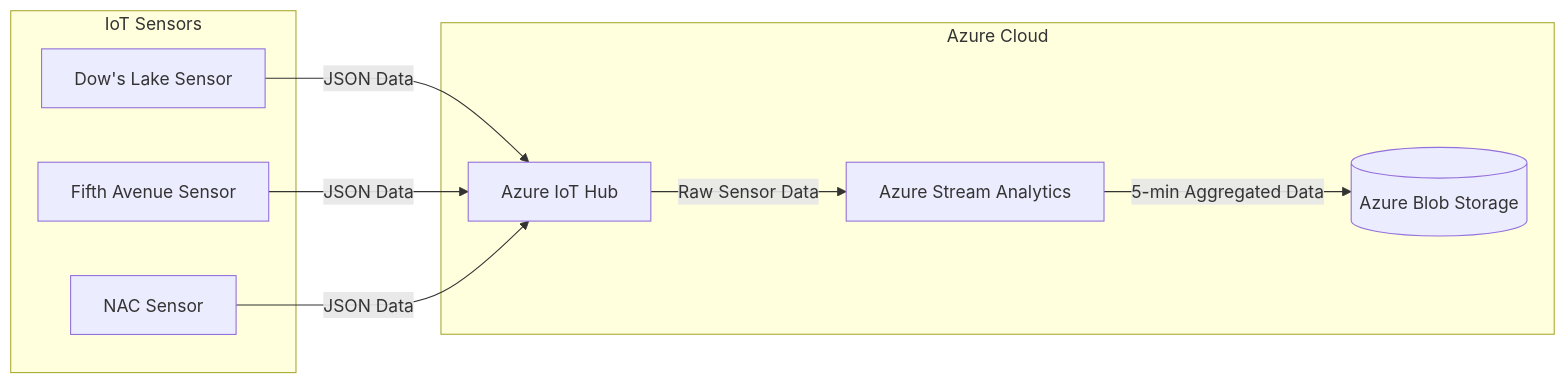
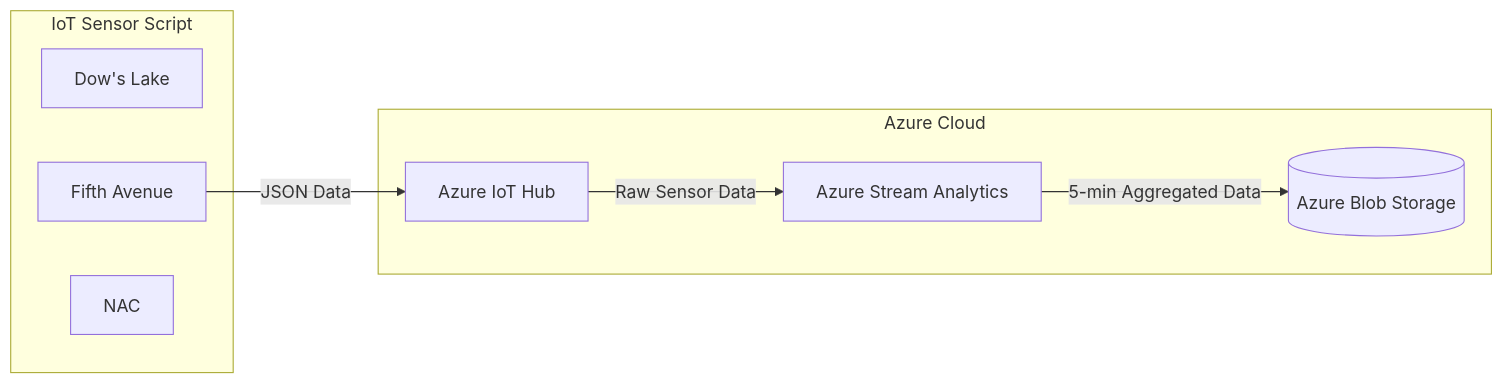
Before and after one commit to princefelix-23/IoT-Sensor-Monitoring: the diagram in README.md, drawn with Mermaid. The commit also changed other lines of this file, not shown here.

````diff
--- a/README.md
+++ b/README.md
@@ -10,25 +13,23 @@
 ```mermaid
 graph LR
-    subgraph "IoT Sensors"
-        S1[Dow's Lake Sensor]
-        S2[Fifth Avenue Sensor]
-        S3[NAC Sensor]
+    subgraph "IoT Sensor Script"
+        S1[Dow's Lake]
+        S2[Fifth Avenue]
+        S3[NAC]
     end
 
     subgraph "Azure Cloud"
         IH[Azure IoT Hub]
         ASA[Azure Stream Analytics]
         BS[(Azure Blob Storage)]
     end
 
-    %% Sensor data flow to IoT Hub
-    S1 -->|JSON Data| IH
+    %% Sensor Data Flow to IoT Hub
     S2 -->|JSON Data| IH
-    S3 -->|JSON Data| IH
 
     %% IoT Hub to Stream Analytics
     IH -->|Raw Sensor Data| ASA
 
-    %% Stream Analytics processing and storage
+    %% Stream Analytics: Processing and Storage
     ASA -->|5-min Aggregated Data| BS
 ```
````
